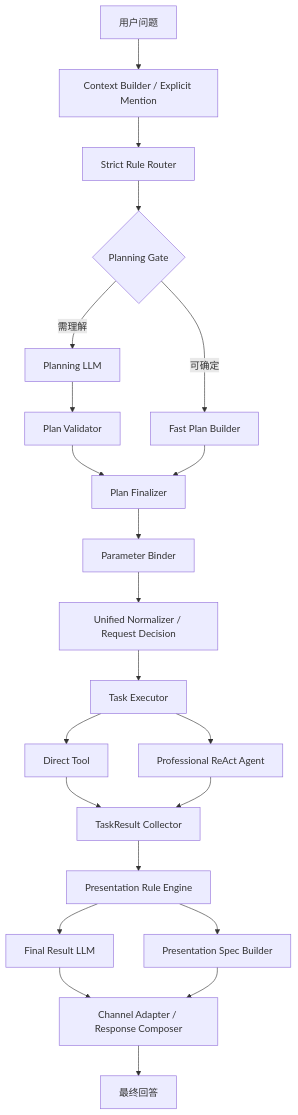
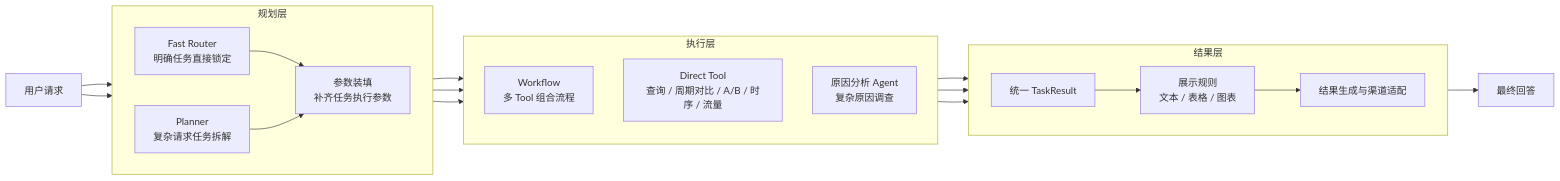
The second of 2 diagrams in weekly-report/agent-comparison.md (sgfd-ui/internship), drawn with Mermaid before and after one commit. The commit also changed other lines of this file, not shown here.

Commit message:
docs: reorganize chapter 1 architecture comparison

````diff
--- a/weekly-report/agent-comparison.md
+++ b/weekly-report/agent-comparison.md
@@ -44,29 +45,40 @@
 ```mermaid
-flowchart TD
-    U[用户问题] --> C[Context Builder / Explicit Mention]
-    C --> R[Strict Rule Router]
+flowchart LR
+    U[用户请求]
 
-    R --> G{Planning Gate}
-    G -->|可确定| F[Fast Plan Builder]
-    G -->|需理解| P[Planning LLM]
-    P --> V[Plan Validator]
-    V --> PF[Plan Finalizer]
-    F --> PF
+    subgraph P[规划层]
+        direction LR
+        F[Fast Router<br/>明确任务直接锁定]
+        L[Planner<br/>复杂请求任务拆解]
+        B[参数装填<br/>补齐任务执行参数]
+    end
 
-    PF --> B[Parameter Binder]
-    B --> N[Unified Normalizer / Request Decision]
-    N --> E[Task Executor]
+    subgraph E[执行层]
+        direction TB
+        W[Workflow<br/>多 Tool 组合流程]
+        T[Direct Tool<br/>查询 / 周期对比 / A/B / 时序 / 流量]
+        A[原因分析 Agent<br/>复杂原因调查]
+    end
 
-    E --> D[Direct Tool]
-    E --> PA[Professional ReAct Agent]
+    subgraph R[结果层]
+        direction LR
+        TR[统一 TaskResult]
+        PR[展示规则<br/>文本 / 表格 / 图表]
+        OUT[结果生成与渠道适配]
+    end
 
-    D --> TR[TaskResult Collector]
-    PA --> TR
+    U --> F
+    U --> L
+    F --> B
+    L --> B
 
-    TR --> PR[Presentation Rule Engine]
-    PR --> L[Final Result LLM]
-    PR --> S[Presentation Spec Builder]
-    L --> A[Channel Adapter / Response Composer]
-    S --> A
-    A --> O[最终回答]
+    B --> W
+    B --> T
+    B --> A
+
+    W --> TR
+    T --> TR
+    A --> TR
+
+    TR --> PR --> OUT --> O[最终回答]
 ```
````
